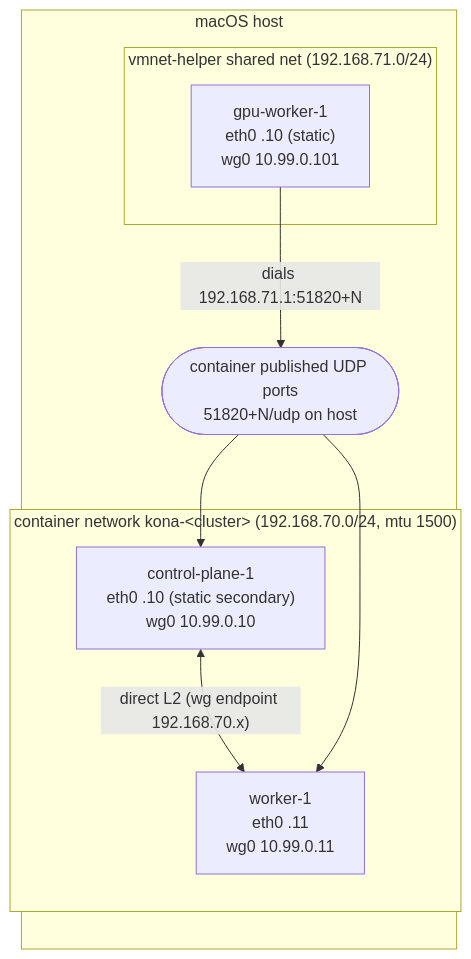
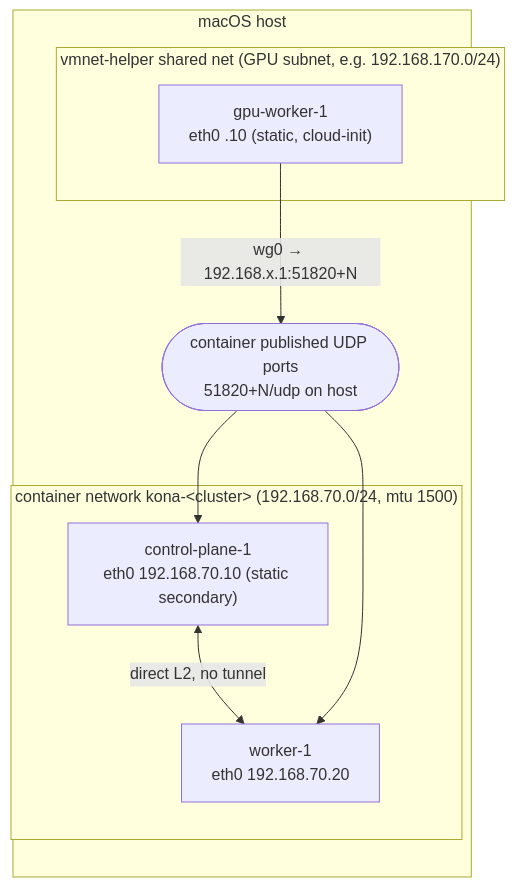
The diagram in docs/networking.md (lestex/kona), drawn with Mermaid before and after one commit. The commit also changed other lines of this file and 1 other file, not shown here.

````diff
--- a/docs/networking.md
+++ b/docs/networking.md
@@ -59,15 +64,15 @@
 ```mermaid
 flowchart LR
   subgraph host[macOS host]
     subgraph cnet["container network kona-&lt;cluster&gt; (192.168.70.0/24, mtu 1500)"]
-      cp["control-plane-1<br/>eth0 .10 (static secondary)<br/>wg0 10.99.0.10"]
-      w1["worker-1<br/>eth0 .11<br/>wg0 10.99.0.11"]
+      cp["control-plane-1<br/>eth0 192.168.70.10 (static secondary)"]
+      w1["worker-1<br/>eth0 192.168.70.20"]
     end
-    subgraph gnet["vmnet-helper shared net (192.168.71.0/24)"]
-      g1["gpu-worker-1<br/>eth0 .10 (static)<br/>wg0 10.99.0.101"]
+    subgraph gnet["vmnet-helper shared net (GPU subnet, e.g. 192.168.170.0/24)"]
+      g1["gpu-worker-1<br/>eth0 .10 (static, cloud-init)"]
     end
     proxy(["container published UDP ports<br/>51820+N/udp on host"])
   end
-  cp <-- "direct L2 (wg endpoint 192.168.70.x)" --> w1
-  g1 -- "dials 192.168.71.1:51820+N" --> proxy --> cp & w1
+  cp <-- "direct L2, no tunnel" --> w1
+  g1 -- "wg0 → 192.168.x.1:51820+N" --> proxy --> cp & w1
 ```
````
